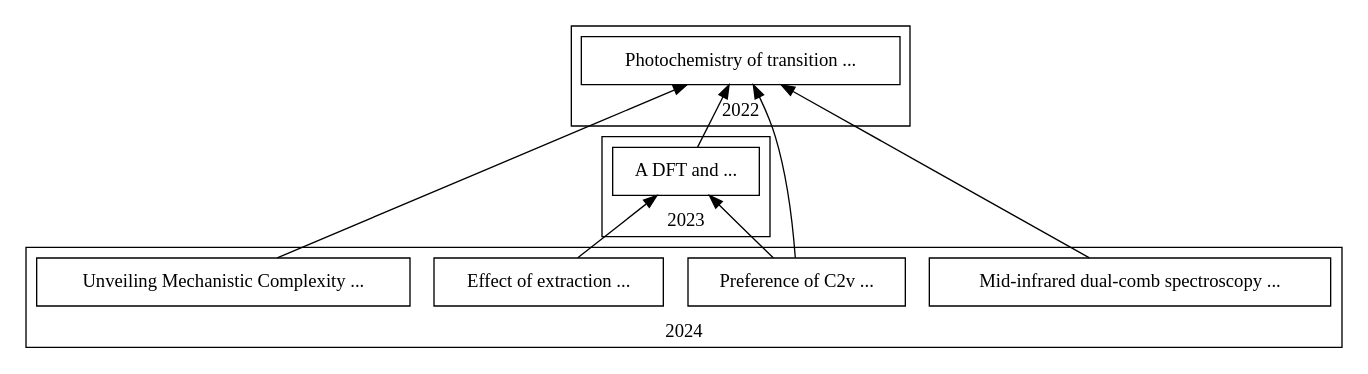
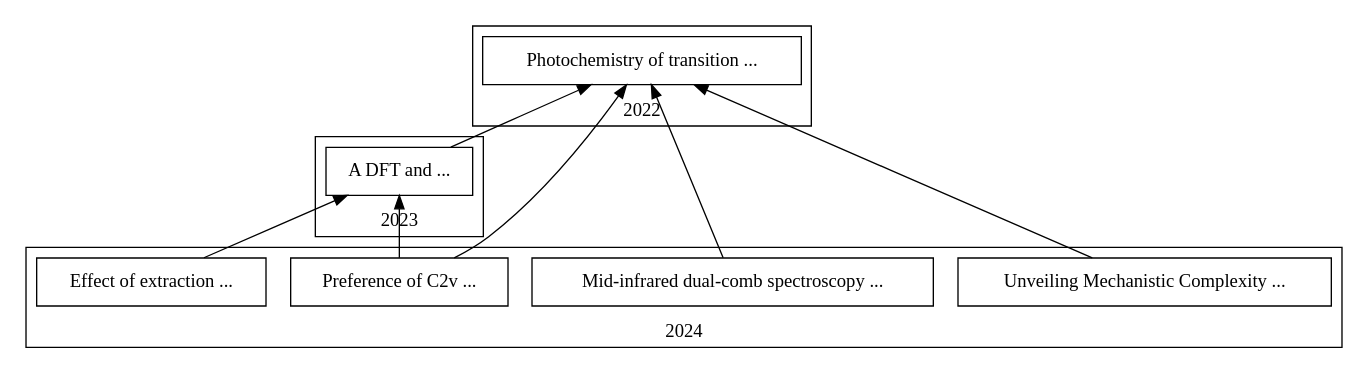
Before and after one commit to romilly/s2ag-corpus: the diagram in notebooks/martyn.dot, drawn with Graphviz. The commit also changed 8 other files, not shown here.

Commit message:
Citation graph now has optional labels.

```diff
--- a/notebooks/martyn.dot
+++ b/notebooks/martyn.dot
@@ -1,36 +1,41 @@
 digraph {
      rankdir=BT;
-    "268040009" [label="Unveiling Mechanistic Complexity ...", shape="rectangle", href="https://www.semanticscholar.org/paper/974865acb588c06b3b4d587f81c7f56259ad4774", target="_blank", tooltip="title: Unveiling Mechanistic Complexity in Manganese-Catalyzed C–H Bond Functionalization Using IR Spectroscopy Over 16 Orders of Magnitude in Time \nauthors: I. Fairlamb, Jason M. Lynam\npublished: 2024"];
-    "249710437" [label="Photochemistry of transition ...", shape="rectangle", href="https://www.semanticscholar.org/paper/a2266a06e752df98615787746599dc81440c0ae1", target="_blank", tooltip="title: Photochemistry of transition metal carbonyls. \nauthors: J. J. Turner, M. George, M. Poliakoff, R. Perutz\npublished: 2022"];
-    "267630595" [label="Effect of extraction ...", shape="rectangle", href="https://www.semanticscholar.org/paper/c4c3b191a2b33164b5526aa27e32936550c71402", target="_blank", tooltip="title: Effect of extraction parameters on the synergistic reaction mechanism for arsenic and mercury removal from natural gas condensate via LLE, vibrational spectroscopy and DFT calculations \nauthors: Teerapon Pirom, Kasidit Nootong, Wikorn Punyain, K. Maneeintr, U. Pancharoen\npublished: 2024"];
-    "267446961" [label="Preference of C2v ...", shape="rectangle", href="https://www.semanticscholar.org/paper/e3ba79aa32a1148dca4a7f52108259344fdc4711", target="_blank", tooltip="title: Preference of C2v Symmetry in Low-Spin Hexacarbonyls of Rare-Earth and f Elements \nauthors: Attila Kovács, Werner Klotzbücher\npublished: 2024"];
-    "268348425" [label="Mid-infrared dual-comb spectroscopy ...", shape="rectangle", href="https://www.semanticscholar.org/paper/b8003f5669c1719ebd86d70f0ff0d31d659482e9", target="_blank", tooltip="title: Mid-infrared dual-comb spectroscopy with quantum cascade lasers \nauthors: J. Hayden, M. Geiser, M. Gianella, Raphael Horvath, A. Hugi, L. Sterczewski, Markus Mangold\npublished: 2024"];
-    "259739018" [label="A DFT and ...", shape="rectangle", href="https://www.semanticscholar.org/paper/8119b95e9c475d7959fae26c2e70d8d71fcb03b6", target="_blank", tooltip="title: A DFT and Matrix–Isolation IR/UV-Visible Study of High-Coordinated Lanthanide-CO Complexes \nauthors: A. Kovács, W. Klotzbücher\npublished: 2023"];
+    "267446961" [label="Preference of C2v ...", shape=rectangle, href="https://www.semanticscholar.org/paper/e3ba79aa32a1148dca4a7f52108259344fdc4711", target="_blank", tooltip="title: Preference of C2v Symmetry in Low-Spin Hexacarbonyls of Rare-Earth and f
+Elements \nauthors: Attila Kovács, Werner Klotzbücher\npublished: 2024"];
+    "268348425" [label="Mid-infrared dual-comb spectroscopy ...", shape=rectangle, href="https://www.semanticscholar.org/paper/b8003f5669c1719ebd86d70f0ff0d31d659482e9", target="_blank", tooltip="title: Mid-infrared dual-comb spectroscopy with quantum cascade lasers \nauthors: J. Hayden, M. Geiser, M. Gianella, Raphael Horvath, A. Hugi, L. Sterczewski, Markus Mangold\npublished: 2024"];
+    "259739018" [label="A DFT and ...", shape=rectangle, href="https://www.semanticscholar.org/paper/8119b95e9c475d7959fae26c2e70d8d71fcb03b6", target="_blank", tooltip="title: A DFT and Matrix–Isolation IR/UV-Visible Study of High-Coordinated
+Lanthanide-CO Complexes \nauthors: A. Kovács, W. Klotzbücher\npublished: 2023"];
+    "267630595" [label="Effect of extraction ...", shape=rectangle, href="https://www.semanticscholar.org/paper/c4c3b191a2b33164b5526aa27e32936550c71402", target="_blank", tooltip="title: Effect of extraction parameters on the synergistic reaction mechanism for
+arsenic and mercury removal from natural gas condensate via LLE, vibrational
+spectroscopy and DFT calculations \nauthors: Teerapon Pirom, Kasidit Nootong, Wikorn Punyain, K. Maneeintr, U. Pancharoen\npublished: 2024"];
+    "249710437" [label="Photochemistry of transition ...", shape=rectangle, href="https://www.semanticscholar.org/paper/a2266a06e752df98615787746599dc81440c0ae1", target="_blank", tooltip="title: Photochemistry of transition metal carbonyls. \nauthors: J. J. Turner, M. George, M. Poliakoff, R. Perutz\npublished: 2022"];
+    "268040009" [label="Unveiling Mechanistic Complexity ...", shape=rectangle, href="https://www.semanticscholar.org/paper/974865acb588c06b3b4d587f81c7f56259ad4774", target="_blank", tooltip="title: Unveiling Mechanistic Complexity in Manganese-Catalyzed C–H Bond
+Functionalization Using IR Spectroscopy Over 16 Orders of Magnitude in Time \nauthors: I. Fairlamb, Jason M. Lynam\npublished: 2024"];
      subgraph cluster_0 {
            rank=same;
            label="2022";
       249710437;
       249710437;
       249710437;
       249710437;
      }     subgraph cluster_1 {
            rank=same;
            label="2023";
       259739018;
       259739018;
       259739018;
      }     subgraph cluster_2 {
            rank=same;
            label="2024";
       267446961;
       267630595;
       268348425;
       268040009;
       267446961;
      }    "267446961" -> "249710437";
     "267630595" -> "259739018";
     "268348425" -> "249710437";
     "259739018" -> "249710437";
     "268040009" -> "249710437";
     "267446961" -> "259739018";
 }
```
